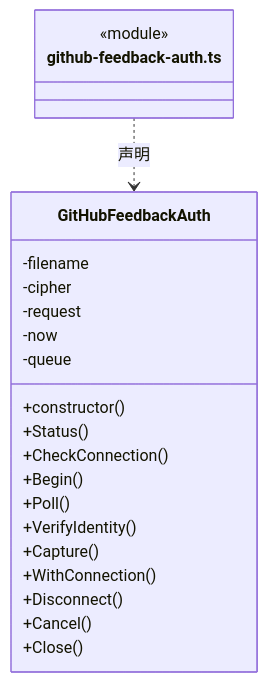
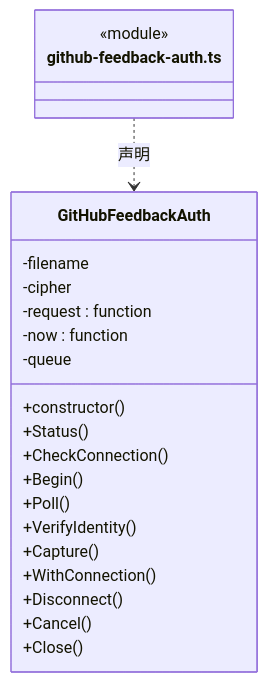
The fourth of 9 diagrams in src/logic/feedback/service/ARCHITECTURE.md (nan023062/cbim), drawn with Mermaid before and after one commit. The commit also changed other lines of this file and 137 other files, not shown here.

Commit message:
fix: align architecture generator with documentation standards

````diff
--- a/src/logic/feedback/service/ARCHITECTURE.md
+++ b/src/logic/feedback/service/ARCHITECTURE.md
@@ -164,25 +169,25 @@
 ```mermaid
 classDiagram
 class N_src_logic_feedback_service_github_feedback_auth_ts["github-feedback-auth.ts"] {
   <<module>>
 }
 class N_src_logic_feedback_service_github_feedback_auth_ts_GitHubFeedbackAuth["GitHubFeedbackAuth"] {
   +constructor()
   +Status()
   +CheckConnection()
   +Begin()
   +Poll()
   +VerifyIdentity()
   +Capture()
   +WithConnection()
   +Disconnect()
   +Cancel()
   +Close()
   -filename
   -cipher
-  -request
-  -now
+  -request : function
+  -now : function
   -queue
 }
 N_src_logic_feedback_service_github_feedback_auth_ts ..> N_src_logic_feedback_service_github_feedback_auth_ts_GitHubFeedbackAuth : 声明
 ```
````
